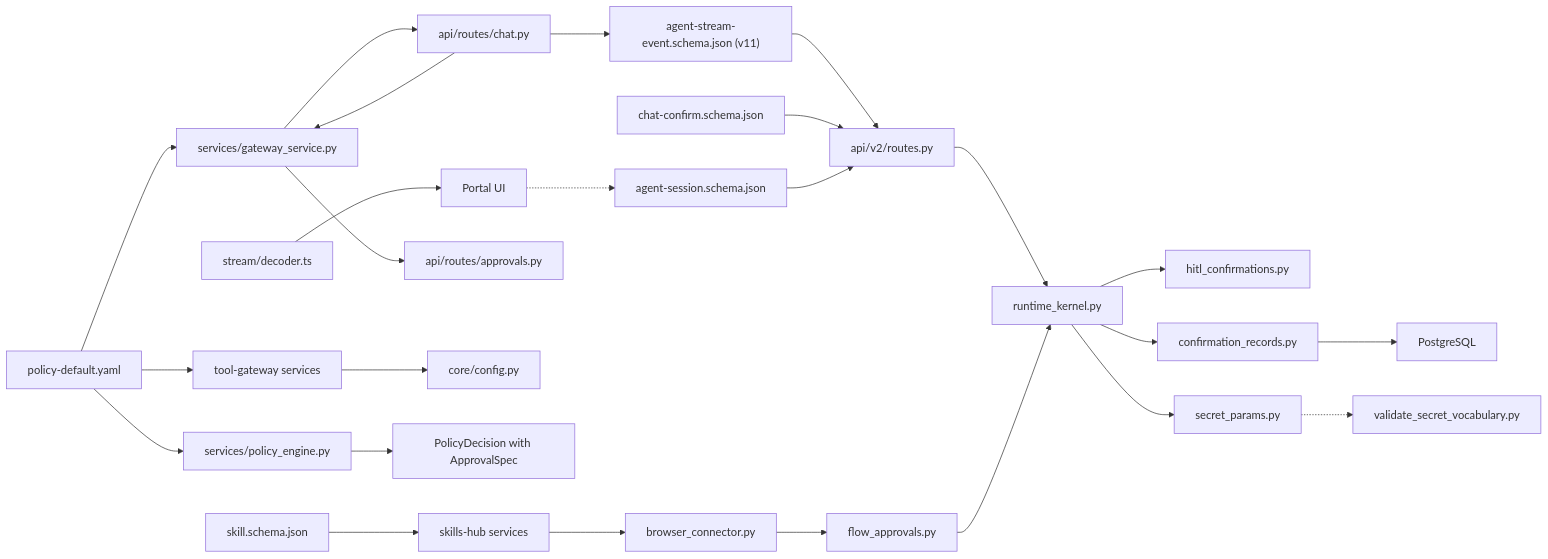
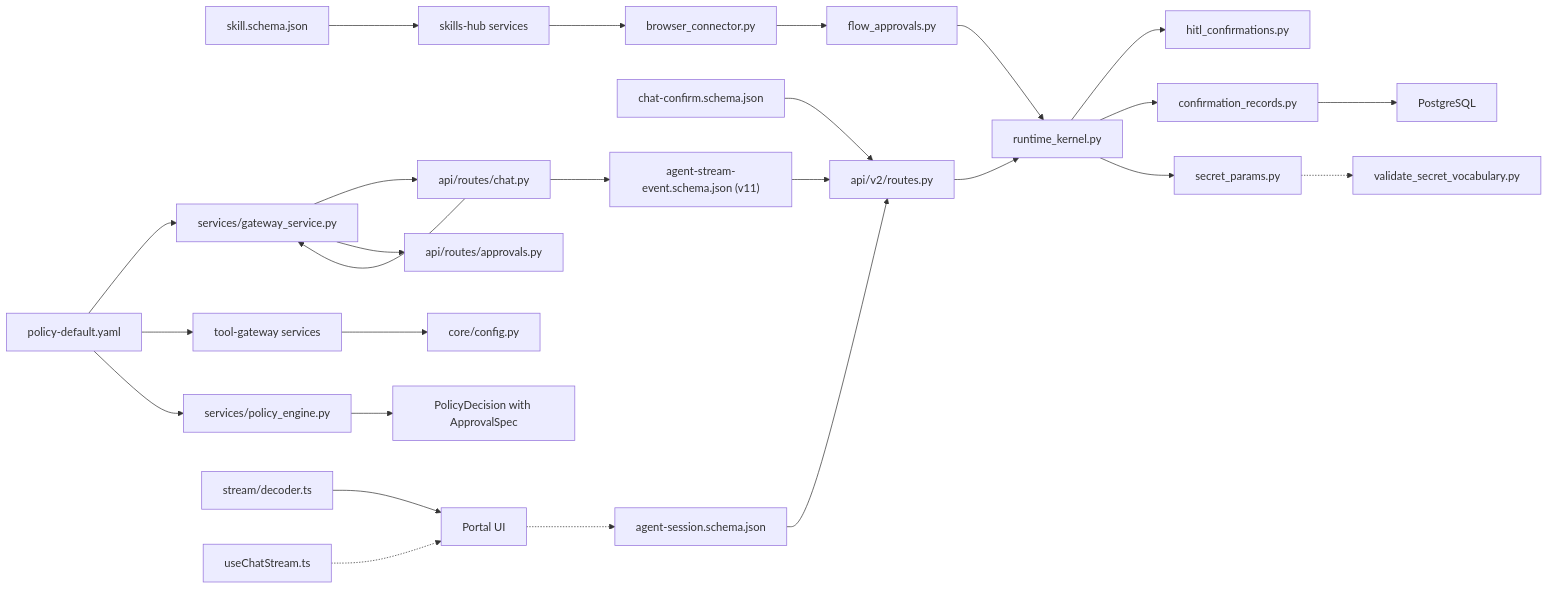
Before and after one commit to metasync/luban-aiops: diagram 15 of 15 in .qoder/repowiki/en/content/Agent Platform Service/HITL Confirmation Bridging (SPEC-020).md, drawn with Mermaid. The commit also changed other lines of this file and 47 other files, not shown here.

````diff
--- a/.qoder/repowiki/en/content/Agent Platform Service/HITL Confirmation Bridging (SPEC-020).md
+++ b/.qoder/repowiki/en/content/Agent Platform Service/HITL Confirmation Bridging (SPEC-020).md
@@ -855,27 +886,28 @@
 ```mermaid
 graph LR
 SCHEMA["agent-stream-event.schema.json (v11)"] --> ROUTES["api/v2/routes.py"]
 CONFIRM_SCHEMA["chat-confirm.schema.json"] --> ROUTES
 SESSION_SCHEMA["agent-session.schema.json"] --> ROUTES
 SKILL_SCHEMA["skill.schema.json"] --> SKILLSHUB["skills-hub services"]
 POLICY["policy-default.yaml"] --> GWSVC["services/gateway_service.py"]
 POLICY --> TGSVC["tool-gateway services"]
 POLICY --> PE["services/policy_engine.py"]
 GWSVC --> CHATROUTE["api/routes/chat.py"]
 GWSVC --> APPROVALSROUTE["api/routes/approvals.py"]
 ROUTES --> KERNEL["runtime_kernel.py"]
 KERNEL --> REGISTRY["hitl_confirmations.py"]
 KERNEL --> RECORDS["confirmation_records.py"]
 KERNEL --> SECRET["secret_params.py"]
 RECORDS --> POSTGRES["PostgreSQL"]
 CHATROUTE --> GWSVC
 CHATROUTE --> SCHEMA
 TGSVC --> CONFIG["core/config.py"]
 PE --> DECISION["PolicyDecision with ApprovalSpec"]
 DECODER["stream/decoder.ts"] --> PORTAL["Portal UI"]
 PORTAL -.-> SESSION_SCHEMA
 SKILLSHUB --> BROWSERCONN["browser_connector.py"]
 BROWSERCONN --> FLOWCTX["flow_approvals.py"]
 FLOWCTX --> KERNEL
 SECRET -.-> VALIDATE["validate_secret_vocabulary.py"]
+USESTREAM["useChatStream.ts"] -.-> PORTAL
 ```
````
